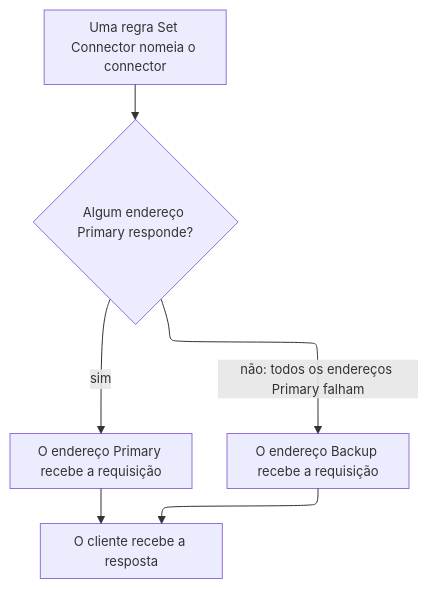
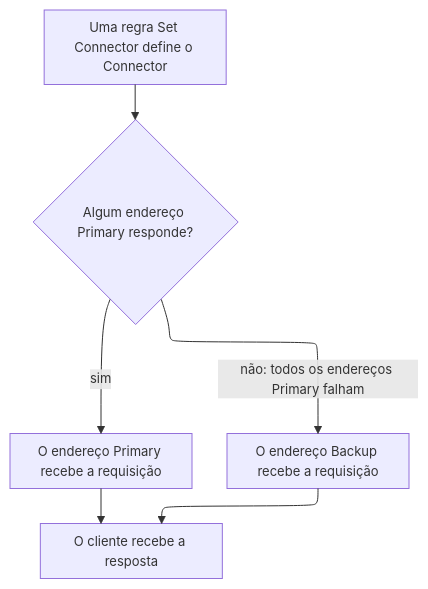
One commit to aziontech/docs changed the diagram in apps/docs/src/content/docs/pt-br/pages/guias/disponibilidade/adicionar-uma-origem-de-backup-a-um-connector.mdx. Above: the diagram before and after it, drawn with Mermaid. The commit also changed other lines of this file and 83 other files, not shown here.

````diff
--- a/apps/docs/src/content/docs/pt-br/pages/guias/disponibilidade/adicionar-uma-origem-de-backup-a-um-connector.mdx
+++ b/apps/docs/src/content/docs/pt-br/pages/guias/disponibilidade/adicionar-uma-origem-de-backup-a-um-connector.mdx
@@ -21,9 +21,9 @@
 ```mermaid
 %%{init: {"layout": "elk", "themeVariables": {"fontSize": "13px"}, "flowchart": {"nodeSpacing": 24, "rankSpacing": 36, "padding": 8, "wrappingWidth": 150, "useMaxWidth": true}, "sequence": {"width": 120, "actorMargin": 30, "useMaxWidth": true}}}%%
 flowchart TD
-  Rule["Uma regra Set Connector nomeia o connector"] --> Role{"Algum endereço Primary responde?"}
+  Rule["Uma regra Set Connector define o Connector"] --> Role{"Algum endereço Primary responde?"}
   Role -->|"sim"| Primary["O endereço Primary recebe a requisição"]
   Role -->|"não: todos os endereços Primary falham"| Backup["O endereço Backup recebe a requisição"]
   Primary --> Client["O cliente recebe a resposta"]
   Backup --> Client
 ```
````
